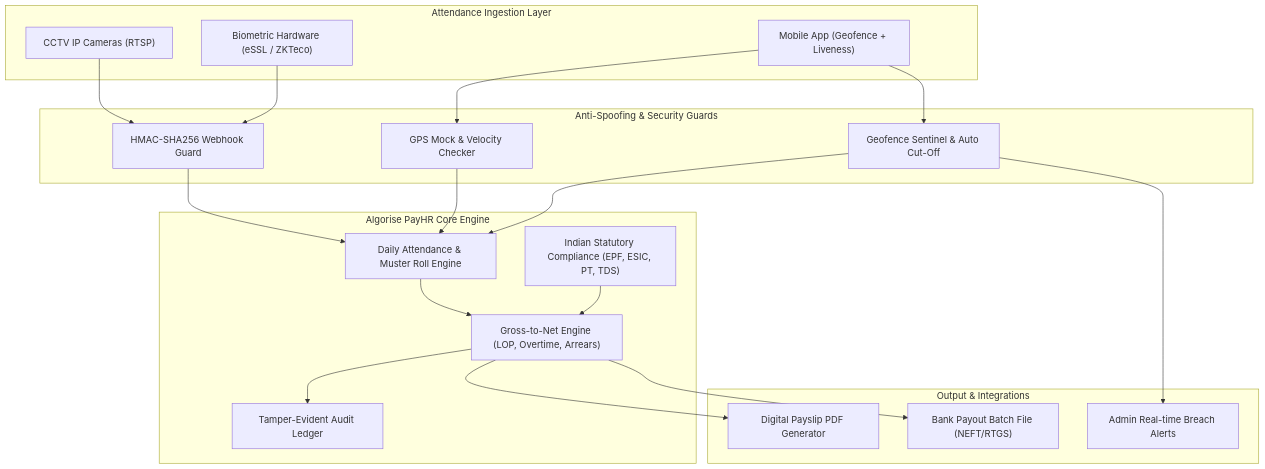
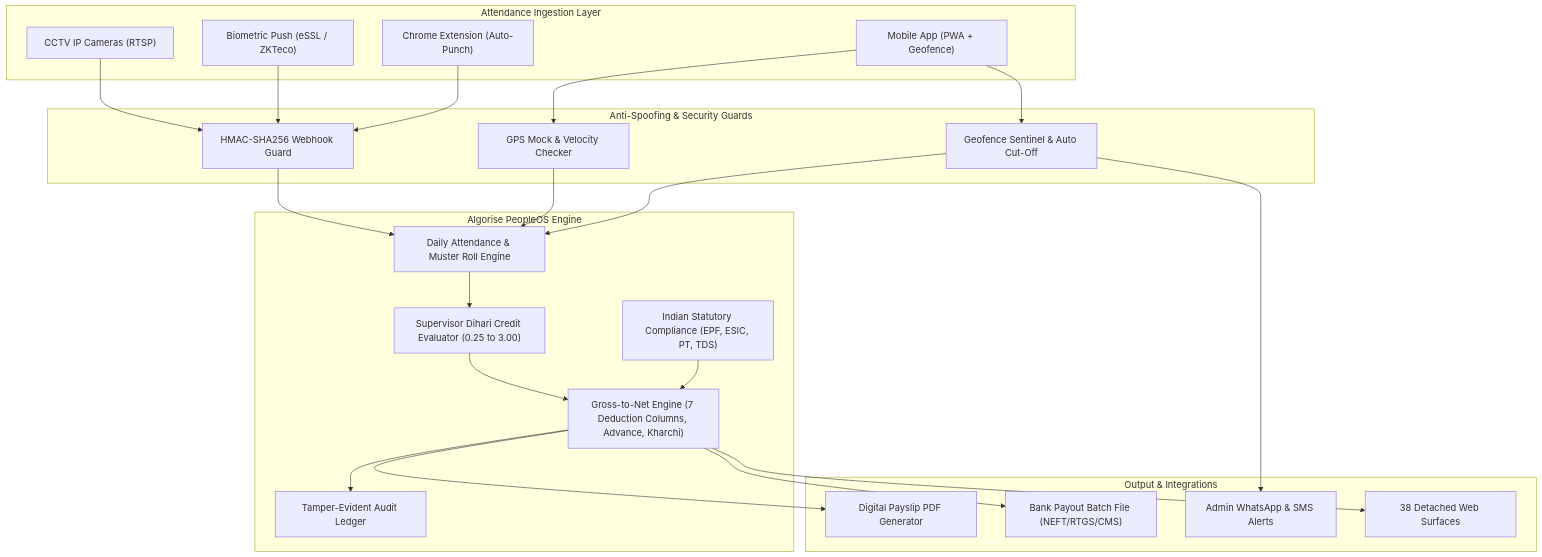
Before and after one commit to hardik4love-lang/algorise-payroll: the diagram in README.md, drawn with Mermaid. The commit also changed other lines of this file, not shown here.

Commit message:
docs: cleanly update README with PeopleOS v2.4 portal, all 38 submodules, PWA and extension

````diff
--- a/README.md
+++ b/README.md
@@ -37,43 +113,49 @@
 ```mermaid
 flowchart TD
     subgraph Ingestion["Attendance Ingestion Layer"]
         CCTV["CCTV IP Cameras (RTSP)"]
-        Mobile["Mobile App (Geofence + Liveness)"]
-        Bio["Biometric Hardware (eSSL / ZKTeco)"]
+        Mobile["Mobile App (PWA + Geofence)"]
+        Bio["Biometric Push (eSSL / ZKTeco)"]
+        Ext["Chrome Extension (Auto-Punch)"]
     end
 
     subgraph Security["Anti-Spoofing & Security Guards"]
         HMAC["HMAC-SHA256 Webhook Guard"]
         AntiSpoof["GPS Mock & Velocity Checker"]
         Sentinel["Geofence Sentinel & Auto Cut-Off"]
     end
 
-    subgraph Core["Algorise PayHR Core Engine"]
+    subgraph Core["Algorise PeopleOS Engine"]
         AttEngine["Daily Attendance & Muster Roll Engine"]
+        Supervisor["Supervisor Dihari Credit Evaluator (0.25 to 3.00)"]
         StatEngine["Indian Statutory Compliance (EPF, ESIC, PT, TDS)"]
-        PayEngine["Gross-to-Net Engine (LOP, Overtime, Arrears)"]
+        PayEngine["Gross-to-Net Engine (7 Deduction Columns, Advance, Kharchi)"]
         Ledger["Tamper-Evident Audit Ledger"]
     end
 
     subgraph Output["Output & Integrations"]
         PDF["Digital Payslip PDF Generator"]
-        Bank["Bank Payout Batch File (NEFT/RTGS)"]
-        Alert["Admin Real-time Breach Alerts"]
+        Bank["Bank Payout Batch File (NEFT/RTGS/CMS)"]
+        Alert["Admin WhatsApp & SMS Alerts"]
+        Portal["38 Detached Web Surfaces"]
     end
 
     CCTV --> HMAC
     Bio --> HMAC
     Mobile --> AntiSpoof
     Mobile --> Sentinel
+    Ext --> HMAC
     Sentinel --> Alert
 
     HMAC --> AttEngine
     AntiSpoof --> AttEngine
     Sentinel --> AttEngine
 
-    AttEngine --> PayEngine
+    AttEngine --> Supervisor
+    Supervisor --> PayEngine
     StatEngine --> PayEngine
     PayEngine --> Ledger
     PayEngine --> PDF
     PayEngine --> Bank
+    PayEngine --> Portal
 ```
````
